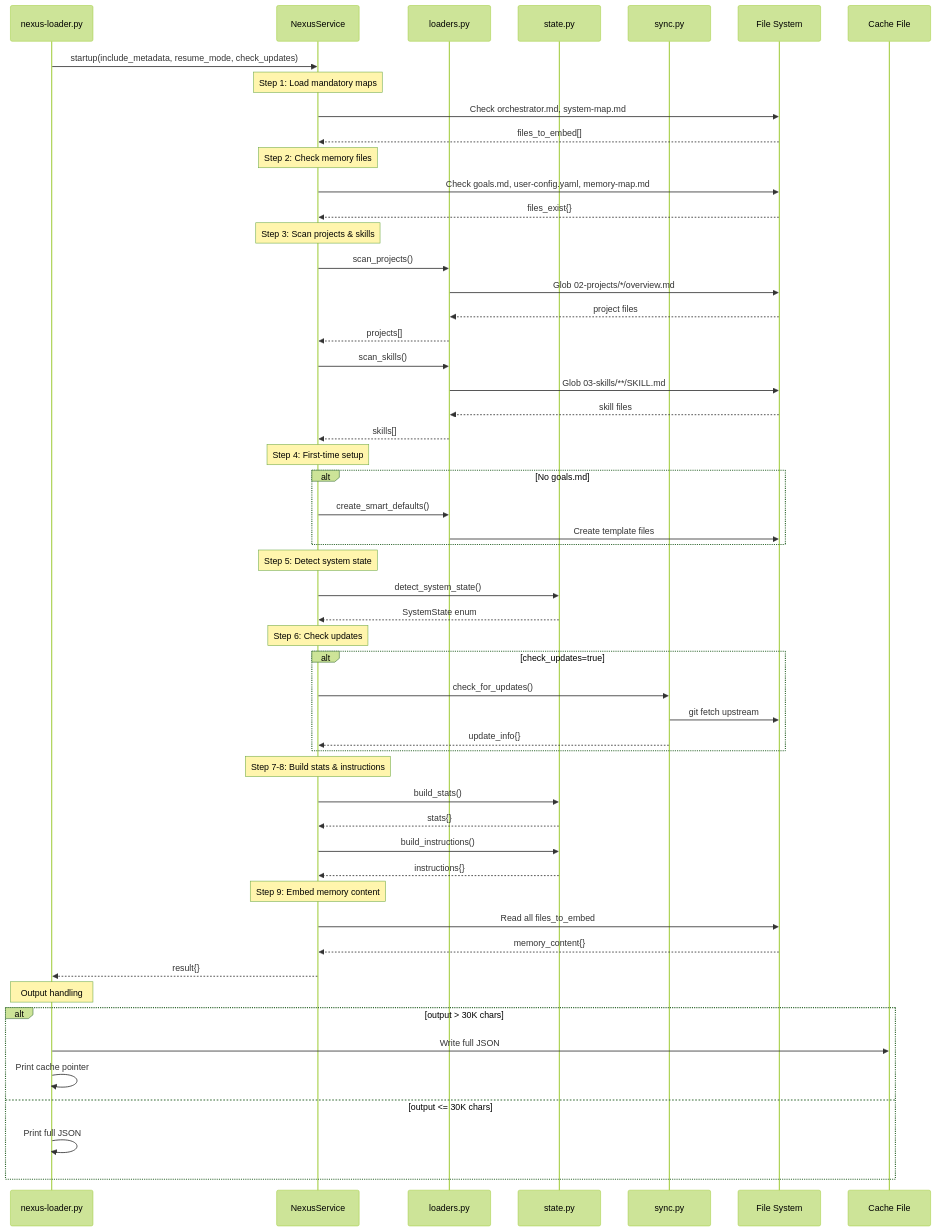
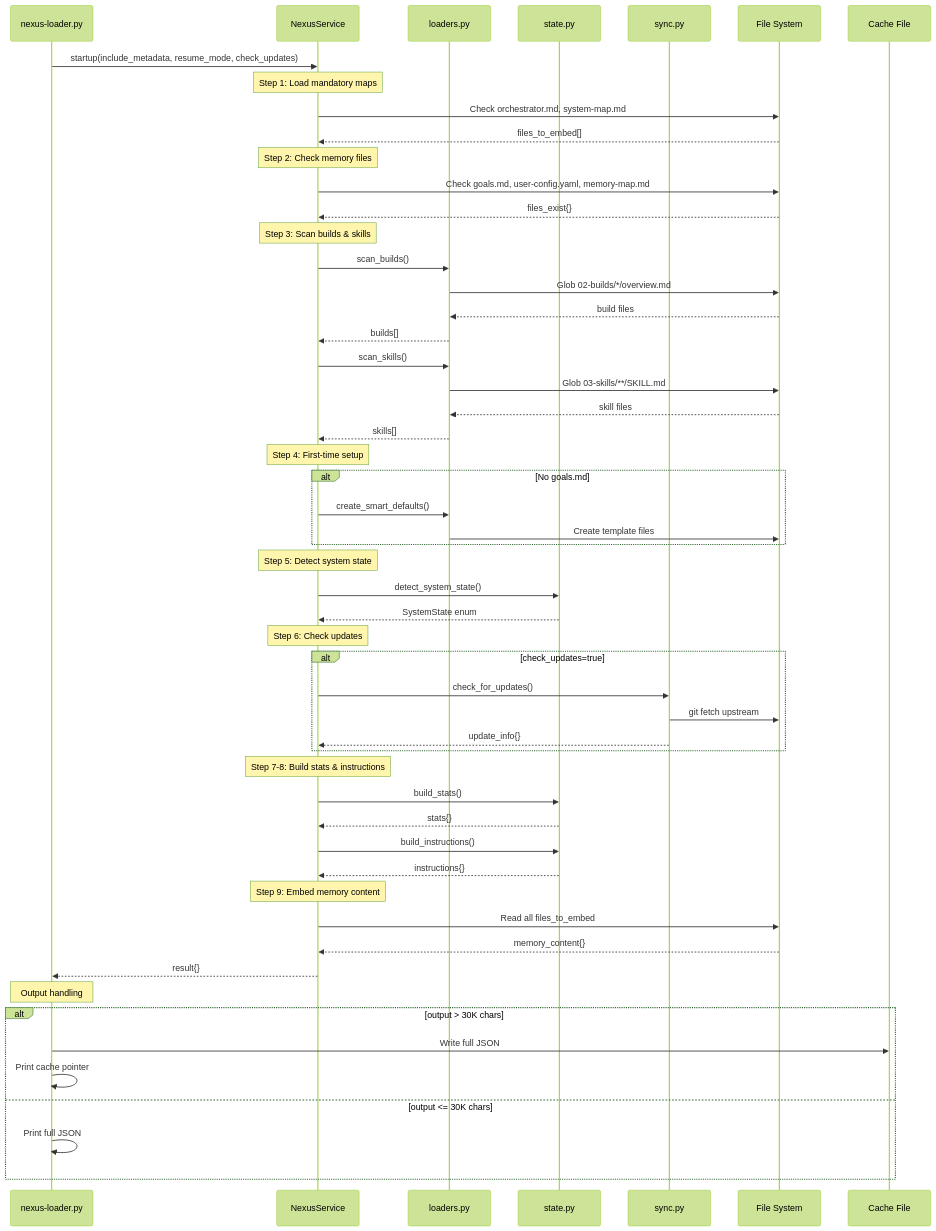
One commit to DorianSchlede/nexus-template changed the third of 7 diagrams in 00-system/core/nexus/ARCHITECTURE.md. Above: the diagram before and after it, drawn with Mermaid (forest theme). The commit also changed other lines of this file and 607 other files, not shown here.

First line of the commit message:
Nexus v5: Complete system overhaul - builds replace projects

````diff
--- a/00-system/core/nexus/ARCHITECTURE.md
+++ b/00-system/core/nexus/ARCHITECTURE.md
@@ -119,68 +119,68 @@
 ```mermaid
 sequenceDiagram
     participant CLI as nexus-loader.py
     participant SVC as NexusService
     participant LDR as loaders.py
     participant STA as state.py
     participant SYN as sync.py
     participant FS as File System
     participant CACHE as Cache File
 
     CLI->>SVC: startup(include_metadata, resume_mode, check_updates)
 
     Note over SVC: Step 1: Load mandatory maps
     SVC->>FS: Check orchestrator.md, system-map.md
     FS-->>SVC: files_to_embed[]
 
     Note over SVC: Step 2: Check memory files
     SVC->>FS: Check goals.md, user-config.yaml, memory-map.md
     FS-->>SVC: files_exist{}
 
-    Note over SVC: Step 3: Scan projects & skills
-    SVC->>LDR: scan_projects()
-    LDR->>FS: Glob 02-projects/*/overview.md
-    FS-->>LDR: project files
-    LDR-->>SVC: projects[]
+    Note over SVC: Step 3: Scan builds & skills
+    SVC->>LDR: scan_builds()
+    LDR->>FS: Glob 02-builds/*/overview.md
+    FS-->>LDR: build files
+    LDR-->>SVC: builds[]
 
     SVC->>LDR: scan_skills()
     LDR->>FS: Glob 03-skills/**/SKILL.md
     FS-->>LDR: skill files
     LDR-->>SVC: skills[]
 
     Note over SVC: Step 4: First-time setup
     alt No goals.md
         SVC->>LDR: create_smart_defaults()
         LDR->>FS: Create template files
     end
 
     Note over SVC: Step 5: Detect system state
     SVC->>STA: detect_system_state()
     STA-->>SVC: SystemState enum
 
     Note over SVC: Step 6: Check updates
     alt check_updates=true
         SVC->>SYN: check_for_updates()
         SYN->>FS: git fetch upstream
         SYN-->>SVC: update_info{}
     end
 
     Note over SVC: Step 7-8: Build stats & instructions
     SVC->>STA: build_stats()
     STA-->>SVC: stats{}
     SVC->>STA: build_instructions()
     STA-->>SVC: instructions{}
 
     Note over SVC: Step 9: Embed memory content
     SVC->>FS: Read all files_to_embed
     FS-->>SVC: memory_content{}
 
     SVC-->>CLI: result{}
 
     Note over CLI: Output handling
     alt output > 30K chars
         CLI->>CACHE: Write full JSON
         CLI->>CLI: Print cache pointer
     else output <= 30K chars
         CLI->>CLI: Print full JSON
     end
 ```
````
